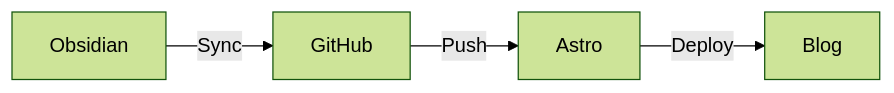
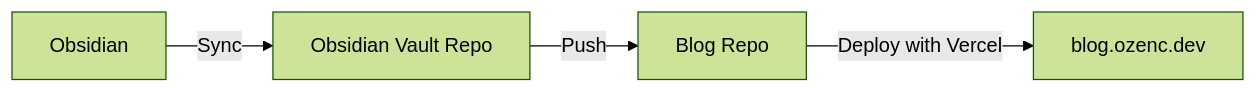
One commit to ozencb/blog.ozenc.dev changed the diagram in src/content/article/obsidian/obsidian-sync.md. Above: the diagram before and after it, drawn with Mermaid (forest theme).

Commit message:
Sync blog from obsidian: 14a74166b15342afd0278fbfe909bc14daf2fe37

````diff
--- a/src/content/article/obsidian/obsidian-sync.md
+++ b/src/content/article/obsidian/obsidian-sync.md
@@ -29,6 +29,6 @@
 ```mermaid
 graph LR;
-    A[Obsidian] -->|Sync| B[GitHub];
-    B -->|Push| C[Astro];
-    C -->|Deploy| D[Blog];
+    A[Obsidian] -->|Sync| B[Obsidian Vault Repo];
+    B -->|Push| C[Blog Repo];
+    C -->|Deploy with Vercel| D[blog.ozenc.dev];
 ```
````
